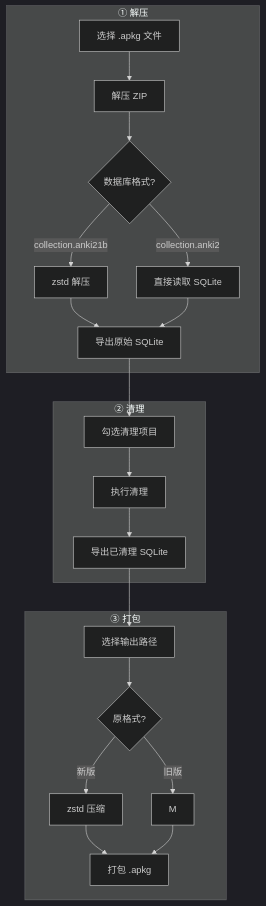
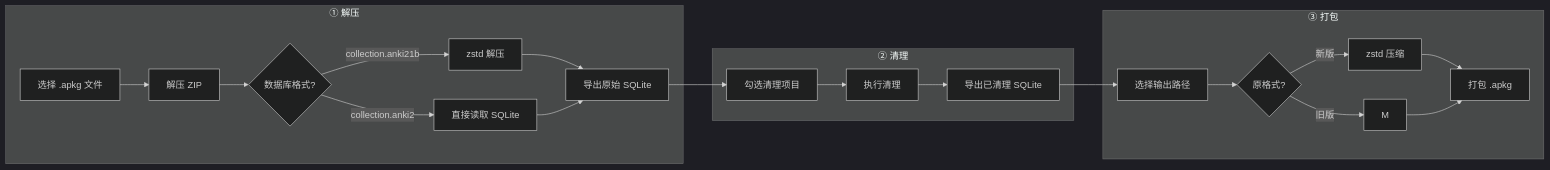
One commit to frankzheng43/AnkiHTMLCleaner changed the first of 2 diagrams in README.md. Above: the diagram before and after it, drawn with Mermaid (dark theme).

Commit message:
流程图改为横向

````diff
--- a/README.md
+++ b/README.md
@@ -7,27 +7,27 @@
 ```mermaid
-graph TB
+graph LR
     subgraph Step1["① 解压"]
         A[选择 .apkg 文件] --> B[解压 ZIP]
         B --> C1{数据库格式?}
         C1 -->|collection.anki21b| D[zstd 解压]
         C1 -->|collection.anki2| E[直接读取 SQLite]
         D --> F[导出原始 SQLite]
         E --> F
     end
 
     subgraph Step2["② 清理"]
         G[勾选清理项目] --> H[执行清理]
         H --> I[导出已清理 SQLite]
     end
 
     subgraph Step3["③ 打包"]
         J[选择输出路径] --> K1{原格式?}
         K1 -->|新版| L[zstd 压缩]
         K1 -->|旧版| M
         L --> N[打包 .apkg]
         M --> N
     end
 
     F --> G
     I --> J
 ```
````
